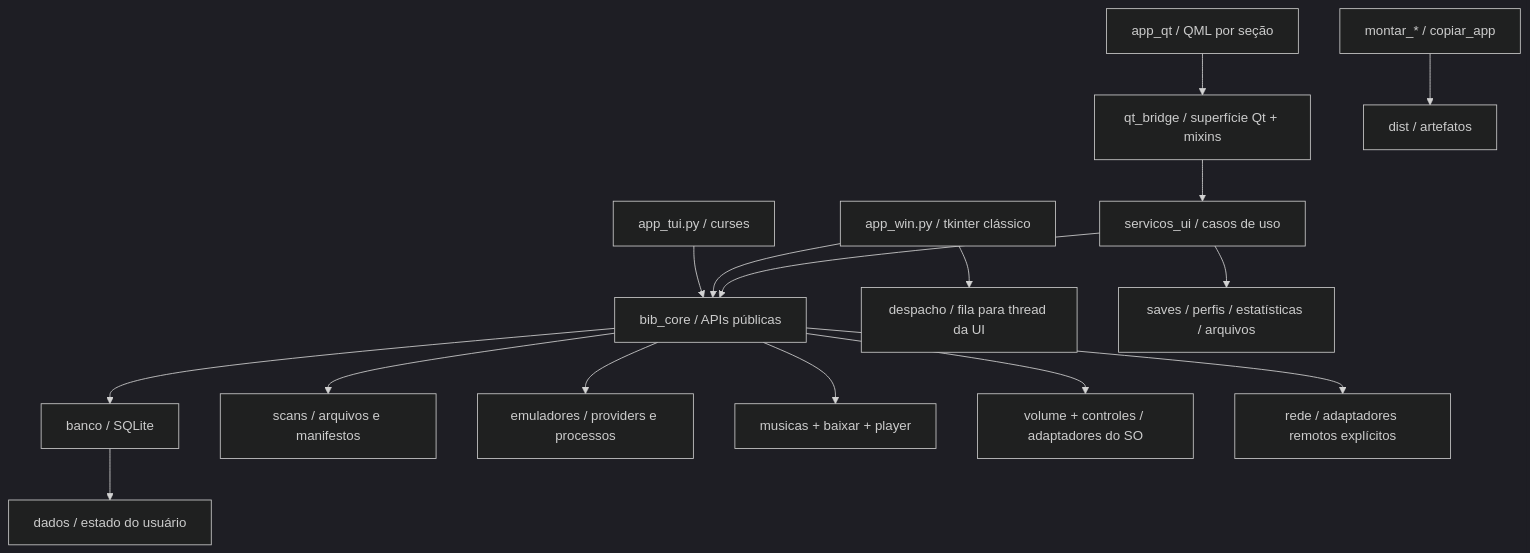
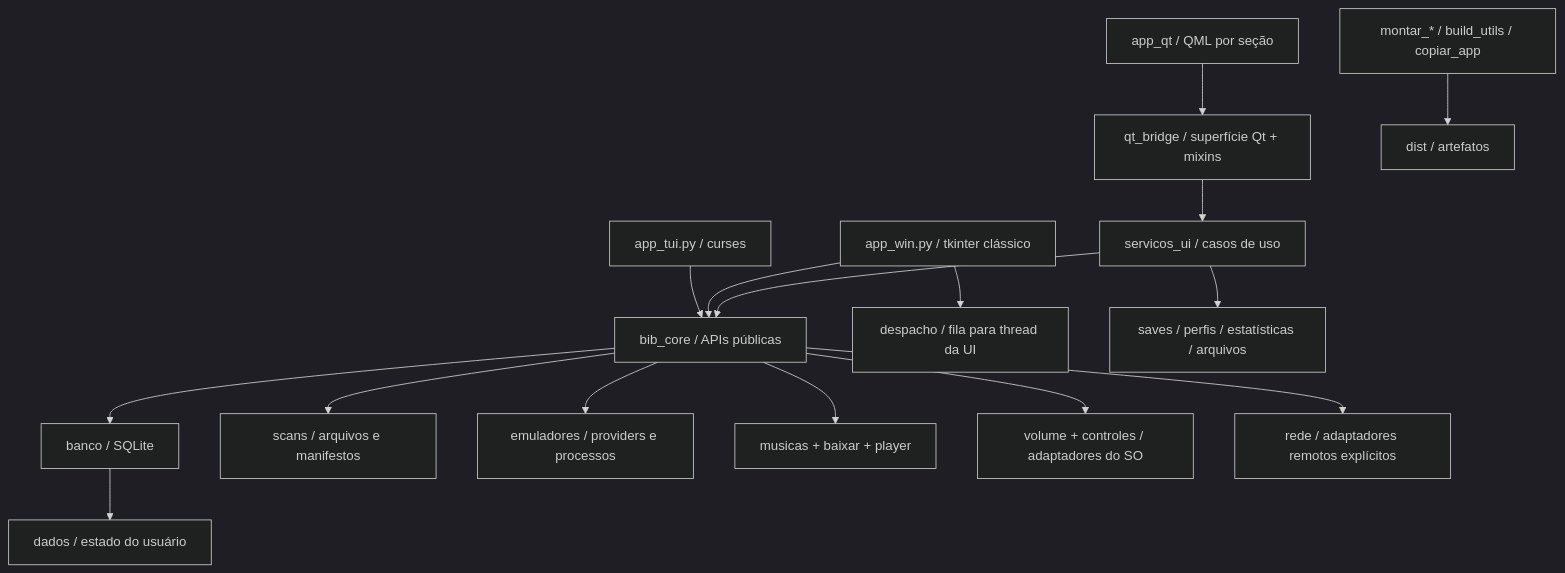
The diagram in docs/ARQUITETURA.md (Artur-Lucena/TucoTeca), drawn with Mermaid (dark theme) before and after one commit. The commit also changed other lines of this file, not shown here.

First line of the commit message:
docs: registra build_utils como fronteira compartilhada dos builders

````diff
--- a/docs/ARQUITETURA.md
+++ b/docs/ARQUITETURA.md
@@ -5,18 +5,18 @@
 ```mermaid
 flowchart TD
   Qt[app_qt / QML por seção] --> Bridge[qt_bridge / superfície Qt + mixins]
   Bridge --> Services[servicos_ui / casos de uso]
   Services --> Compat[bib_core / APIs públicas]
   GUI[app_win.py / tkinter clássico] --> Compat
   TUI[app_tui.py / curses] --> Compat
   GUI --> Dispatch[despacho / fila para thread da UI]
   Compat --> DB[banco / SQLite]
   Compat --> Scan[scans / arquivos e manifestos]
   Compat --> Emu[emuladores / providers e processos]
   Compat --> Music[musicas + baixar + player]
   Compat --> System[volume + controles / adaptadores do SO]
   Compat --> Network[rede / adaptadores remotos explícitos]
   Services --> Personal[saves / perfis / estatísticas / arquivos]
   DB --> Dados[dados / estado do usuário]
-  Builders[montar_* / copiar_app] --> Dist[dist / artefatos]
+  Builders[montar_* / build_utils / copiar_app] --> Dist[dist / artefatos]
 ```
````
